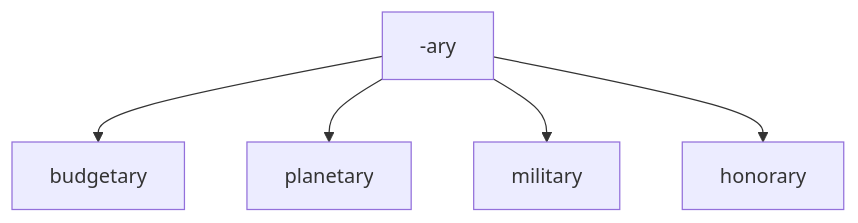
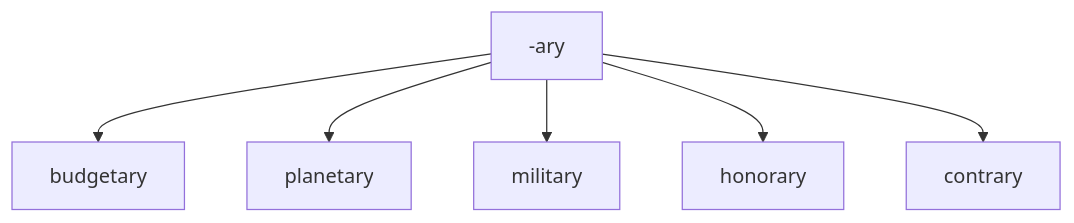
One commit to pleabargain/EnglishHelpsYourCareer changed the sixth of 45 diagrams in prefixes_suffixes.md. Above: the diagram before and after it, drawn with Mermaid. The commit also changed other lines of this file and 1 other file, not shown here.

````diff
--- a/prefixes_suffixes.md
+++ b/prefixes_suffixes.md
@@ -80,8 +80,9 @@
 ```mermaid
 graph TD;
     -ary--> budgetary; 
     -ary-->  planetary; 
     -ary-->  military;
      -ary-->  honorary
+     -ary-->  contrary
 
 ```
````
